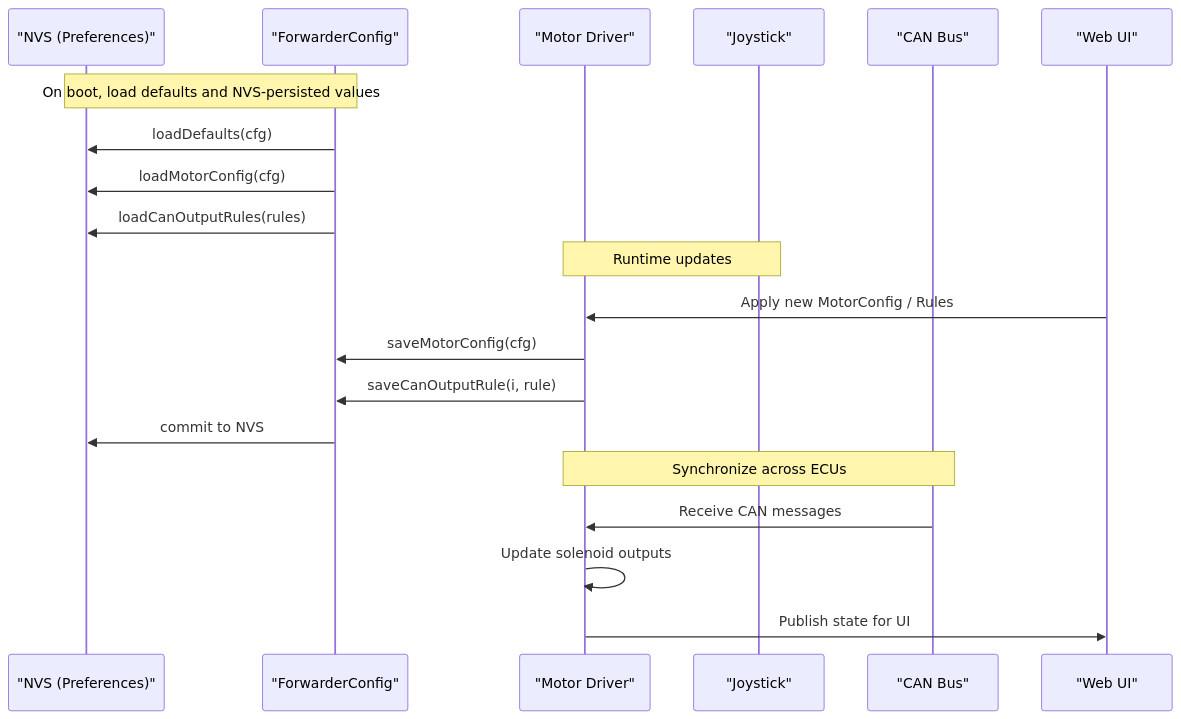
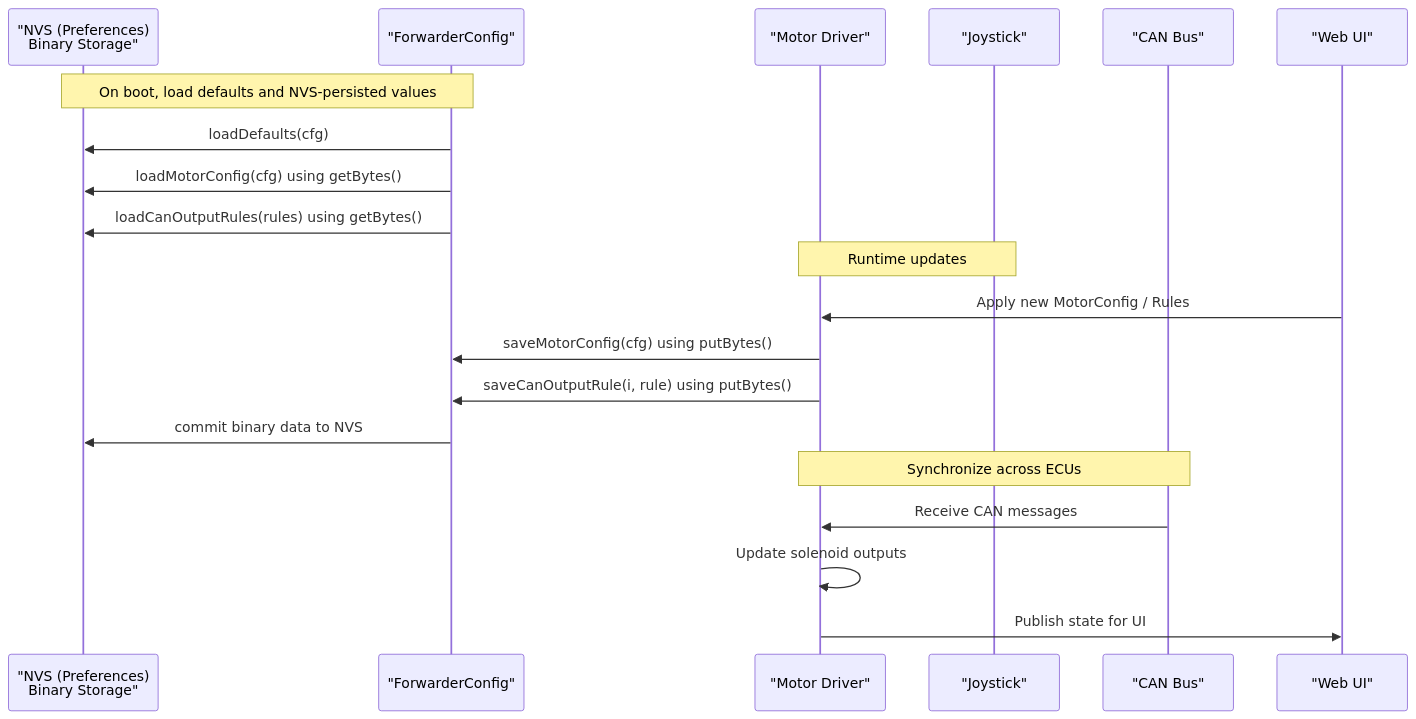
Before and after one commit to gunicsba/ESP_CAN_ECU_joystick_collection: the second of 5 diagrams in .qoder/repowiki/en/content/Configuration Management/Configuration Management.md, drawn with Mermaid. The commit also changed other lines of this file and 13 other files, not shown here.

````diff
--- a/.qoder/repowiki/en/content/Configuration Management/Configuration Management.md
+++ b/.qoder/repowiki/en/content/Configuration Management/Configuration Management.md
@@ -104,22 +112,22 @@
 ```mermaid
 sequenceDiagram
-participant NVS as "NVS (Preferences)"
+participant NVS as "NVS (Preferences)<br/>Binary Storage"
 participant CFG as "ForwarderConfig"
 participant MD as "Motor Driver"
 participant JS as "Joystick"
 participant CAN as "CAN Bus"
 participant WEB as "Web UI"
 Note over NVS,CFG : On boot, load defaults and NVS-persisted values
 CFG->>NVS : loadDefaults(cfg)
-CFG->>NVS : loadMotorConfig(cfg)
-CFG->>NVS : loadCanOutputRules(rules)
+CFG->>NVS : loadMotorConfig(cfg) using getBytes()
+CFG->>NVS : loadCanOutputRules(rules) using getBytes()
 Note over MD,JS : Runtime updates
 WEB->>MD : Apply new MotorConfig / Rules
-MD->>CFG : saveMotorConfig(cfg)
-MD->>CFG : saveCanOutputRule(i, rule)
-CFG->>NVS : commit to NVS
+MD->>CFG : saveMotorConfig(cfg) using putBytes()
+MD->>CFG : saveCanOutputRule(i, rule) using putBytes()
+CFG->>NVS : commit binary data to NVS
 Note over CAN,MD : Synchronize across ECUs
 CAN->>MD : Receive CAN messages
 MD->>MD : Update solenoid outputs
 MD->>WEB : Publish state for UI
 ```
````
